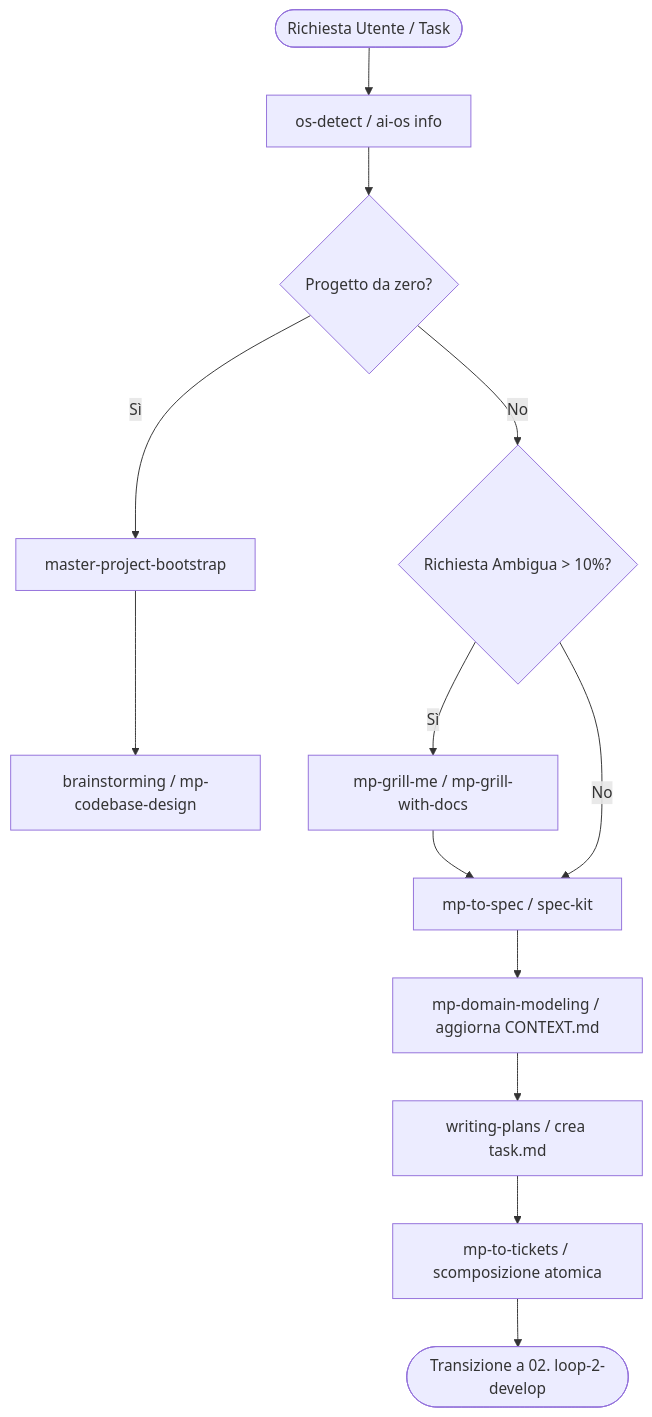
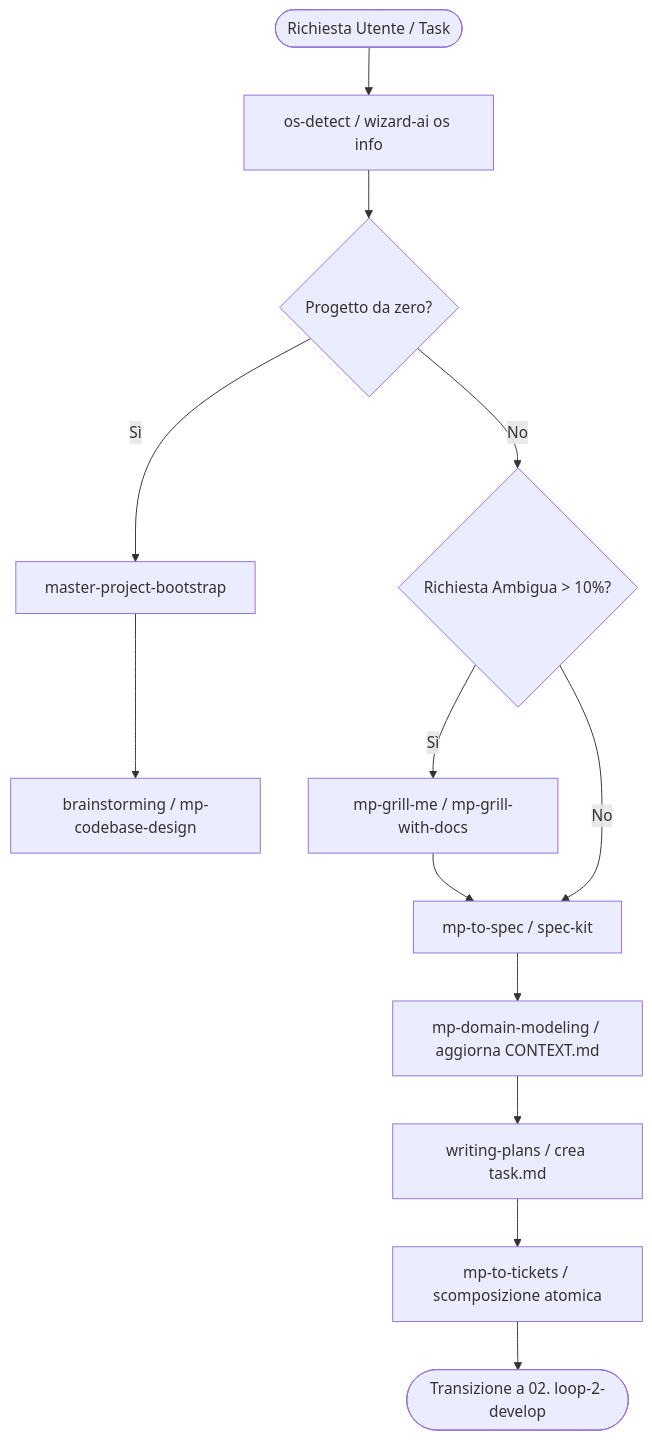
Before and after one commit to darkrei08/Wizard-AI: the diagram in skills/loop-1-plan/SKILL.md, drawn with Mermaid. The commit also changed other lines of this file and 2 other files, not shown here.

Commit message:
docs(skills): normalize CLI references to use wizard-ai syntax

````diff
--- a/skills/loop-1-plan/SKILL.md
+++ b/skills/loop-1-plan/SKILL.md
@@ -70,18 +70,18 @@
 ```mermaid
 graph TD
-    Start([Richiesta Utente / Task]) --> CheckOS[os-detect / ai-os info]
+    Start([Richiesta Utente / Task]) --> CheckOS[os-detect / wizard-ai os info]
     CheckOS --> IsNew{Progetto da zero?}
     IsNew -- Sì --> Bootstrap[master-project-bootstrap]
     IsNew -- No --> IsAmbig{Richiesta Ambigua > 10%?}
     
     Bootstrap --> Brain[brainstorming / mp-codebase-design]
     
     IsAmbig -- Sì --> GrillCh[mp-grill-me / mp-grill-with-docs]
     GrillCh --> Spec[mp-to-spec / spec-kit]
     IsAmbig -- No --> Spec
     
     Spec --> Domain[mp-domain-modeling / aggiorna CONTEXT.md]
     Domain --> Plan[writing-plans / crea task.md]
     Plan --> Tickets[mp-to-tickets / scomposizione atomica]
     Tickets --> Handoff([Transizione a 02. loop-2-develop])
 ```
````
